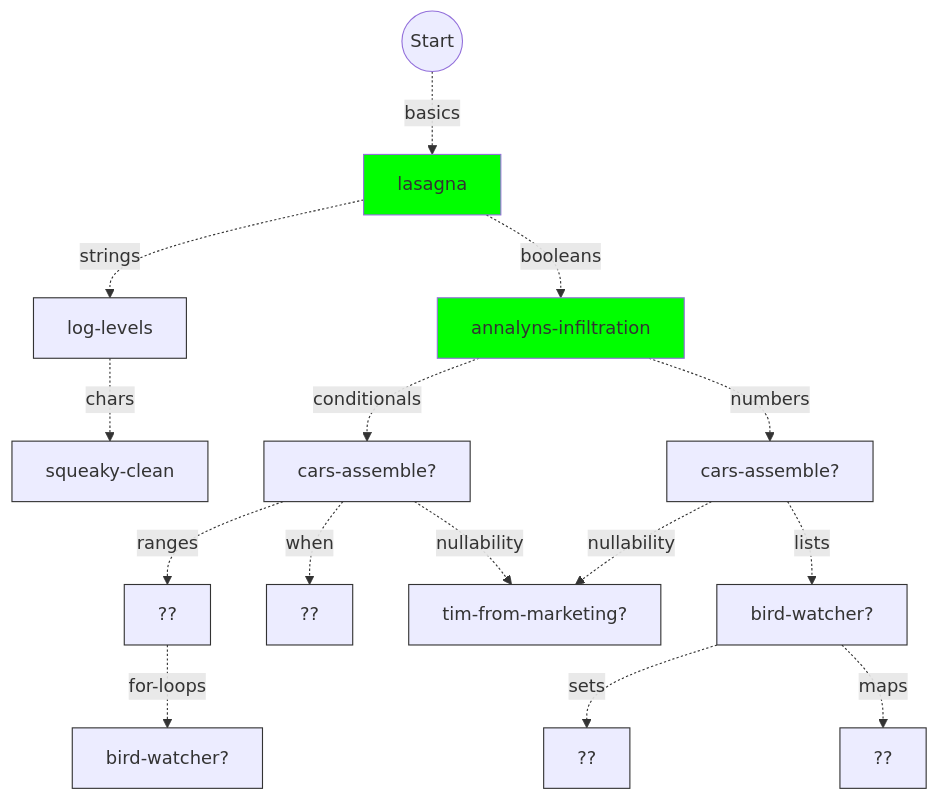
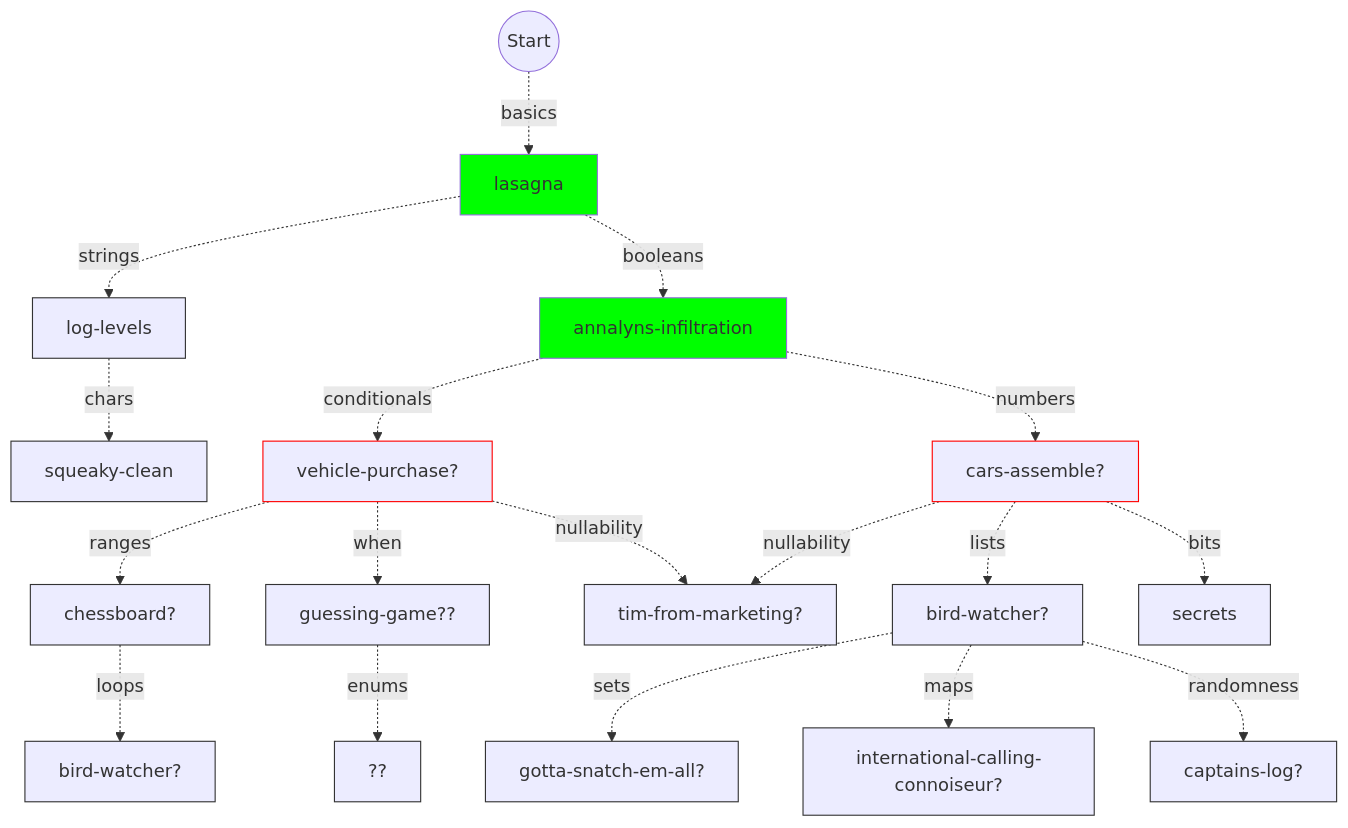
One commit to colinleach/learning-track-doodles changed the diagram in kotlin/flowchart.md. Above: the diagram before and after it, drawn with Mermaid. The commit also changed 1 other file, not shown here.

Commit message:
kt flowchart, strings

````diff
--- a/kotlin/flowchart.md
+++ b/kotlin/flowchart.md
@@ -11,45 +11,57 @@
 ```mermaid
 graph TD
     
 start(("Start")) -.basics.-> basics["lasagna"]
 style basics fill:#0f0
 
 basics -.booleans.-> booleans["annalyns-infiltration"]
 style booleans fill:#0f0
 
 basics -.strings.-> strings["log-levels"]
 style strings stroke:#333
 
 strings -.chars.-> chars["squeaky-clean"]
 style chars stroke:#333
 
-booleans -.conditionals.-> conditionals["cars-assemble?"]
-style conditionals stroke:#333
+booleans -.conditionals.-> conditionals["vehicle-purchase?"]
+style conditionals stroke:#f00
 
 booleans -.numbers.-> numbers["cars-assemble?"]
-style numbers stroke:#333
+style numbers stroke:#f00
 
-    conditionals -.ranges.-> ranges["??"]
-    style ranges stroke:#333
+conditionals -.ranges.-> ranges["chessboard?"]
+style ranges stroke:#333
 
-    ranges -.for-loops.-> for-loops["bird-watcher?"]
-    style for-loops stroke:#333
+ranges -.loops.-> loops["bird-watcher?"]
+style loops stroke:#333
 
-    conditionals -.when.-> when["??"]
-    style when stroke:#333
+conditionals -.when.-> when["guessing-game??"]
+style when stroke:#333
 
-    conditionals -.nullability.-> nullability["tim-from-marketing?"]
-    numbers -.nullability.-> nullability["tim-from-marketing?"]
-    style nullability stroke:#333
+conditionals -.nullability.-> nullability["tim-from-marketing?"]
+numbers -.nullability.-> nullability["tim-from-marketing?"]
+style nullability stroke:#333
 
-    numbers -.lists.-> lists["bird-watcher?"]
-    style lists stroke:#333
+numbers -.lists.-> lists["bird-watcher?"]
+style lists stroke:#333
 
-lists -.sets.-> sets["??"]
+lists -.sets.-> sets["gotta-snatch-em-all?"]
 style sets stroke:#333
 
-lists -.maps.-> maps["??"]
+lists -.maps.-> maps["international-calling-connoiseur?"]
 style maps stroke:#333
+
+lists -.randomness.-> randomness["captains-log?"]
+style randomness stroke:#333
+
+numbers -.bits.-> bits["secrets"]
+style bits stroke:#333
+
+when -.enums.-> enums["??"]
+style enums stroke:#333
+
+
+
 
 
 ```
````
